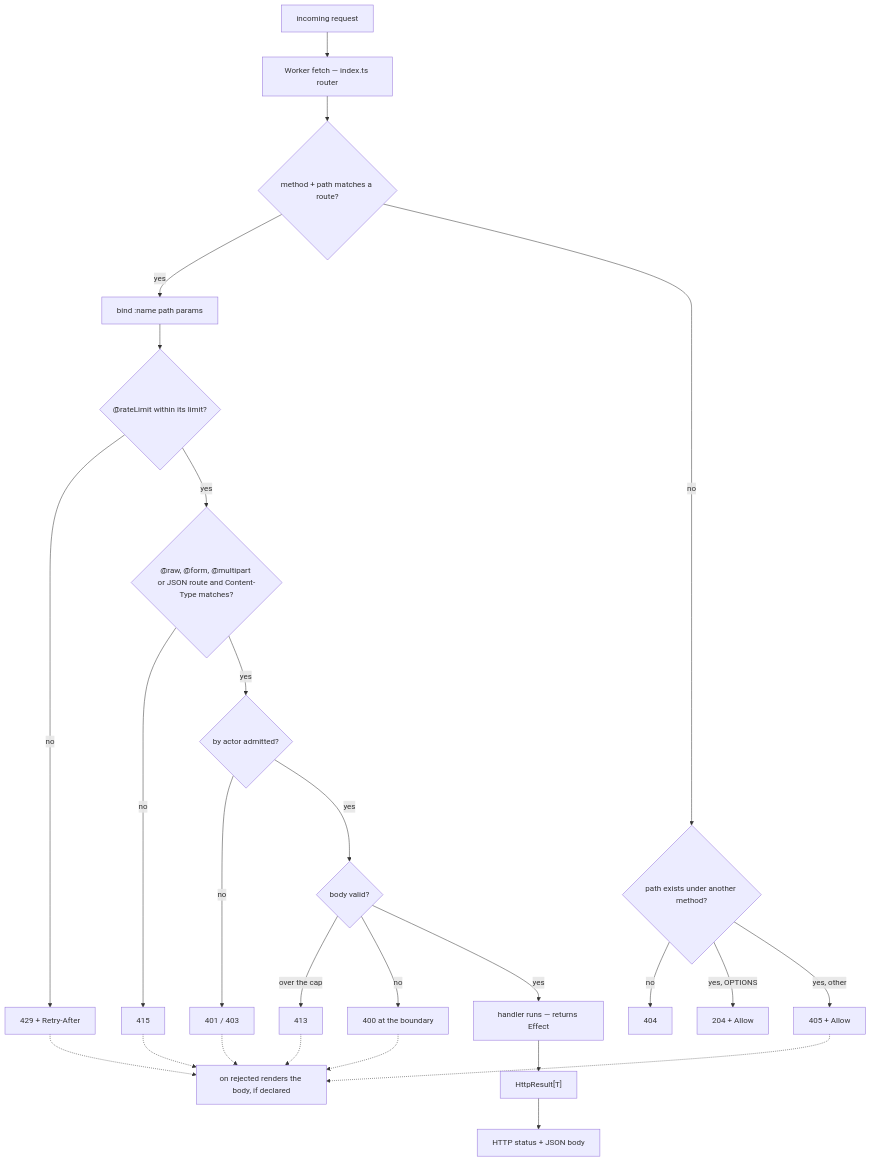
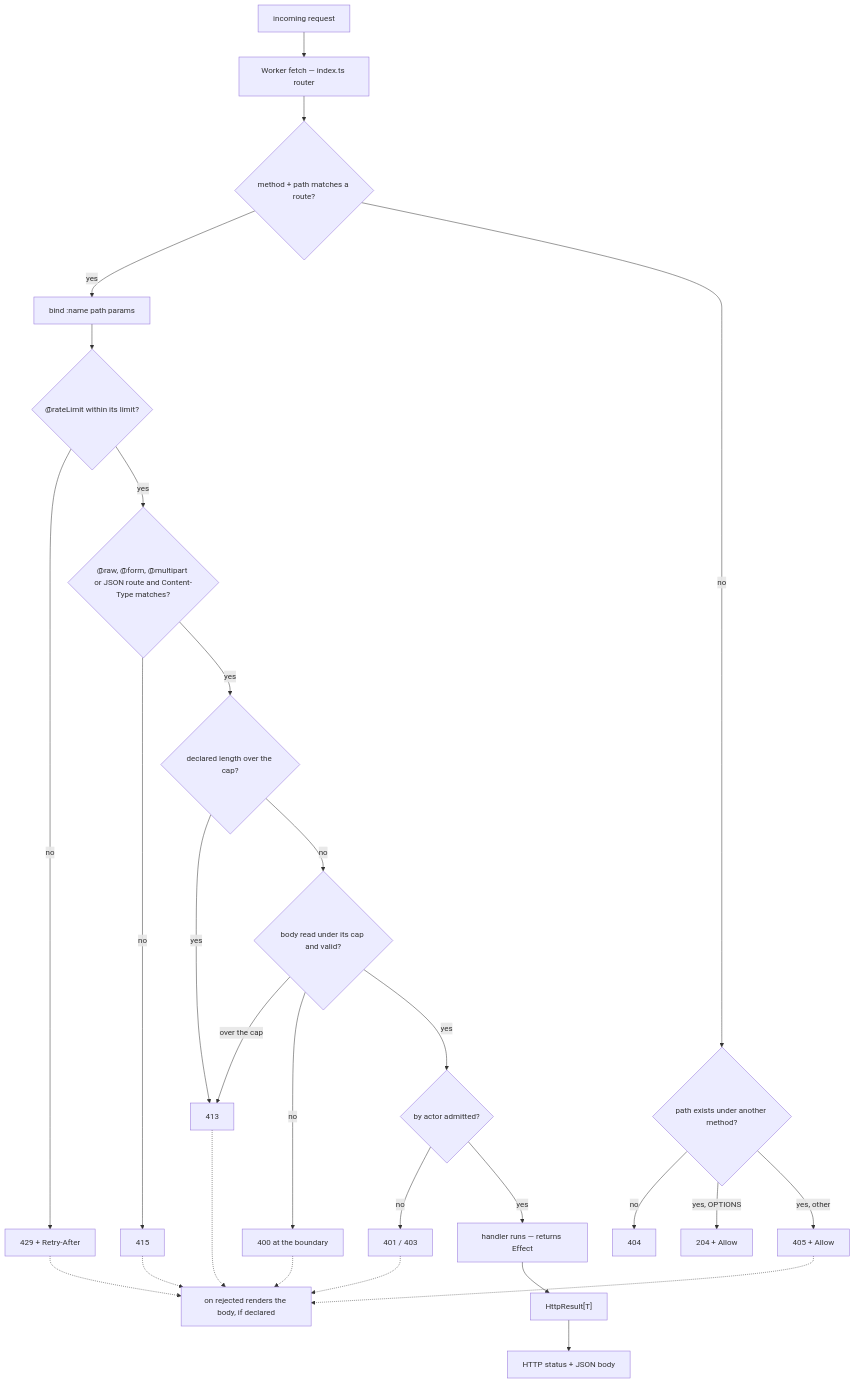
Before and after one commit to bynk-lang/bynk: the diagram in site/src/content/docs/reference/http.md, drawn with Mermaid. The commit also changed other lines of this file and 6 other files, not shown here.

````diff
--- a/site/src/content/docs/reference/http.md
+++ b/site/src/content/docs/reference/http.md
@@ -2005,28 +2005,30 @@
 ```mermaid
 flowchart TD
   req["incoming request"] --> router["Worker fetch — index.ts router"]
   router --> match{"method + path matches a route?"}
   match -->|yes| params["bind :name path params"]
   match -->|no| known{"path exists under another method?"}
   known -->|no| nf["404"]
   known -->|yes, OPTIONS| opt["204 + Allow"]
   known -->|yes, other| m405["405 + Allow"]
   params --> rl{"@rateLimit within its limit?"}
   rl -->|no| m429["429 + Retry-After"]
   rl -->|yes| ctype{"@raw, @form, @multipart or JSON route and Content-Type matches?"}
   ctype -->|no| m415["415"]
-  ctype -->|yes| actor{"by actor admitted?"}
+  ctype -->|yes| len{"declared length over the cap?"}
+  len -->|yes| m413["413"]
+  len -->|no| body{"body read under its cap and valid?"}
+  body -->|over the cap| m413
+  body -->|no| bad["400 at the boundary"]
+  body -->|yes| actor{"by actor admitted?"}
   actor -->|no| m401["401 / 403"]
-  actor -->|yes| body{"body valid?"}
-  body -->|over the cap| m413["413"]
-  body -->|no| bad["400 at the boundary"]
   m401 -.-> hook
   m405 -.-> hook["on rejected renders the body, if declared"]
   m415 -.-> hook
   m429 -.-> hook
   m413 -.-> hook
   bad -.-> hook
-  body -->|yes| handler["handler runs — returns Effect"]
+  actor -->|yes| handler["handler runs — returns Effect"]
   handler --> result["HttpResult[T]"]
   result --> status["HTTP status + JSON body"]
 ```
````
